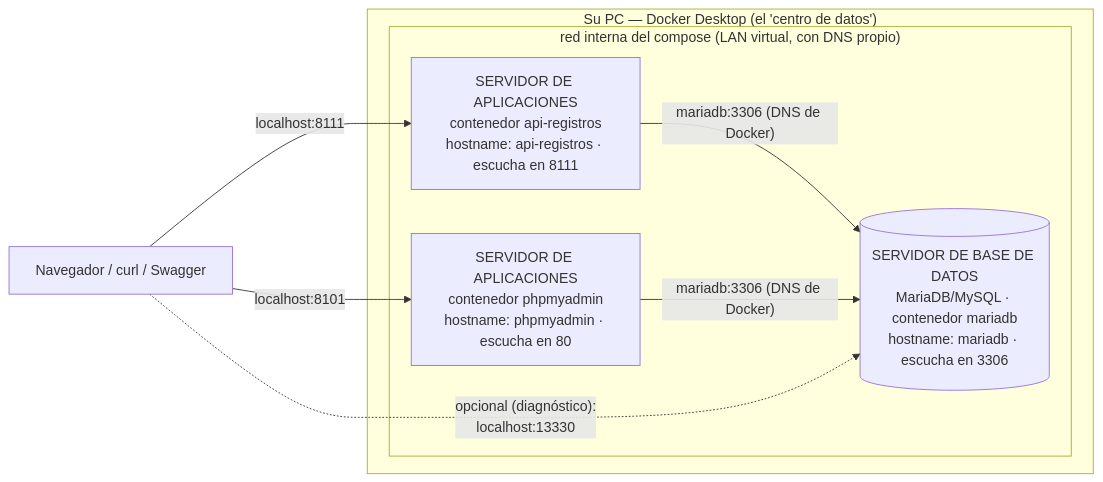
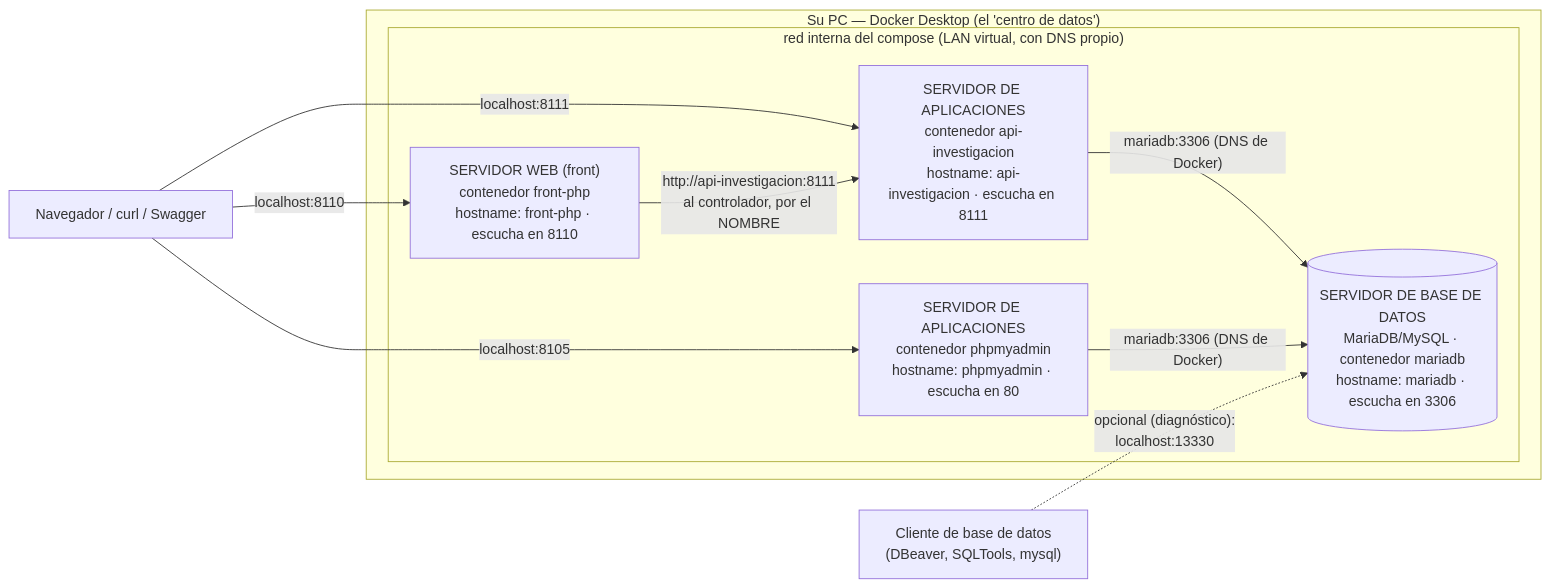
Before and after one commit to ccastro2050/proyecto_php_investigacion1: the first of 2 diagrams in docs/CONCEPTOS_DOCKER.md, drawn with Mermaid. The commit also changed other lines of this file, not shown here.

First line of the commit message:
docs(docker): el diagrama sale del docker-compose real, y ninguna flecha miente

````diff
--- a/docs/CONCEPTOS_DOCKER.md
+++ b/docs/CONCEPTOS_DOCKER.md
@@ -196,16 +196,20 @@
 ```mermaid
 flowchart LR
     NAV["Navegador / curl / Swagger"]
+    CLIENTE["Cliente de base de datos<br/>(DBeaver, SQLTools, mysql)"]
     subgraph PC["Su PC — Docker Desktop (el 'centro de datos')"]
         subgraph RED["red interna del compose (LAN virtual, con DNS propio)"]
-            APIFACTURAS["SERVIDOR DE APLICACIONES<br/>contenedor api-registros<br/>hostname: api-registros · escucha en 8111"]
+            FRONTPHP["SERVIDOR WEB (front)<br/>contenedor front-php<br/>hostname: front-php · escucha en 8110"]
+            APIINVESTIGACION["SERVIDOR DE APLICACIONES<br/>contenedor api-investigacion<br/>hostname: api-investigacion · escucha en 8111"]
             PHPMYADMIN["SERVIDOR DE APLICACIONES<br/>contenedor phpmyadmin<br/>hostname: phpmyadmin · escucha en 80"]
             MARIADB[("SERVIDOR DE BASE DE DATOS<br/>MariaDB/MySQL · contenedor mariadb<br/>hostname: mariadb · escucha en 3306")]
         end
     end
-    NAV -->|"localhost:8111"| APIFACTURAS
-    NAV -->|"localhost:8101"| PHPMYADMIN
-    APIFACTURAS -->|"mariadb:3306 (DNS de Docker)"| MARIADB
+    NAV -->|"localhost:8111"| APIINVESTIGACION
+    NAV -->|"localhost:8110"| FRONTPHP
+    NAV -->|"localhost:8105"| PHPMYADMIN
+    APIINVESTIGACION -->|"mariadb:3306 (DNS de Docker)"| MARIADB
+    FRONTPHP -->|"http://api-investigacion:8111<br/>al controlador, por el NOMBRE"| APIINVESTIGACION
     PHPMYADMIN -->|"mariadb:3306 (DNS de Docker)"| MARIADB
-    NAV -.->|"opcional (diagnóstico):<br/>localhost:13330"| MARIADB
+    CLIENTE -.->|"opcional (diagnóstico):<br/>localhost:13330"| MARIADB
 ```
````
